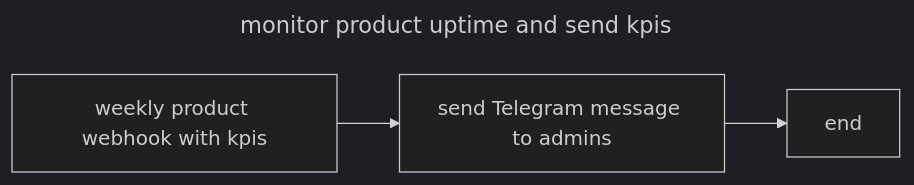
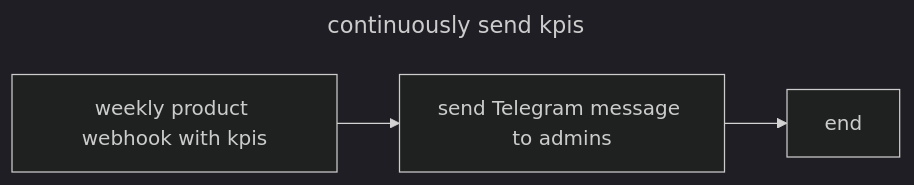
The fourth of 5 diagrams in docs/processes.md (khaldoun-xyz/standard), drawn with Mermaid (dark theme) before and after one commit. The commit also changed other lines of this file, not shown here.

Commit message:
update uptime & error tracking

```diff
--- a/docs/processes.md
+++ b/docs/processes.md
@@ -121,8 +121,8 @@
 ~~~mermaid
 ---
-title: monitor product uptime and send kpis
+title: continuously send kpis
 ---
 flowchart LR
   A[weekly product webhook with kpis] --> B[send Telegram message to admins]
   B --> C[end]
 ~~~
```
